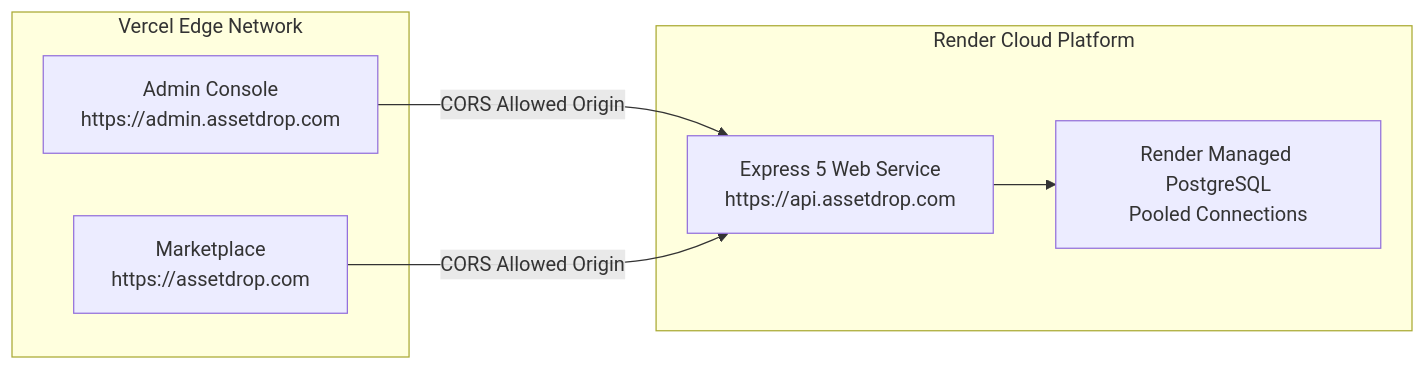
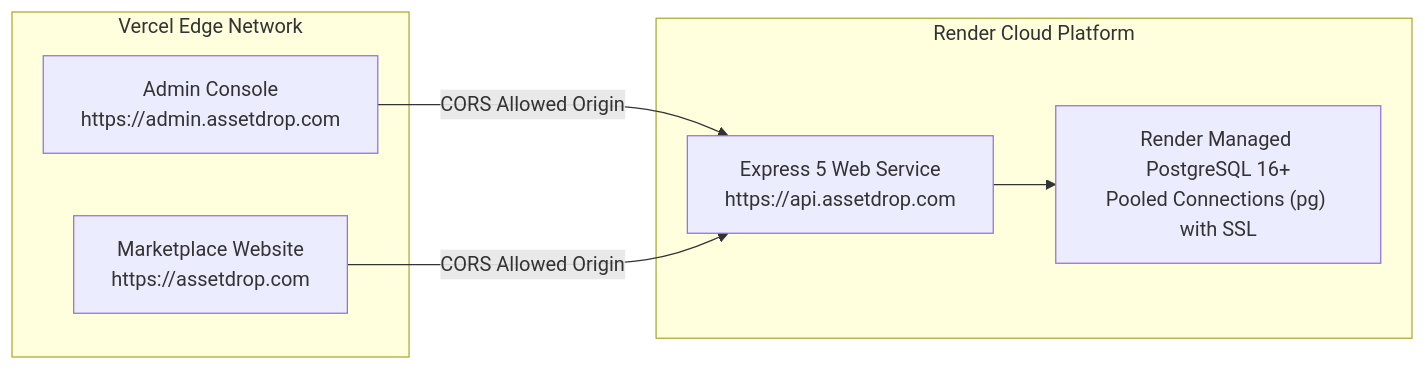
One commit to majid-superior/sell-digital-assets-admin changed the second of 2 diagrams in ECOSYSTEM.md. Above: the diagram before and after it, drawn with Mermaid. The commit also changed other lines of this file and 25 other files, not shown here.

````diff
--- a/ECOSYSTEM.md
+++ b/ECOSYSTEM.md
@@ -109,16 +122,16 @@
 ```mermaid
 flowchart LR
     subgraph Vercel ["Vercel Edge Network"]
         AdminSite["Admin Console<br/>https://admin.assetdrop.com"]
-        WebSite["Marketplace<br/>https://assetdrop.com"]
+        WebSite["Marketplace Website<br/>https://assetdrop.com"]
     end
 
     subgraph Render ["Render Cloud Platform"]
         APIInstance["Express 5 Web Service<br/>https://api.assetdrop.com"]
-        PostgreSQL["Render Managed PostgreSQL<br/>Pooled Connections"]
+        PostgreSQL["Render Managed PostgreSQL 16+<br/>Pooled Connections (pg) with SSL"]
     end
 
     AdminSite -->|CORS Allowed Origin| APIInstance
     WebSite -->|CORS Allowed Origin| APIInstance
     APIInstance --> PostgreSQL
 ```
````
